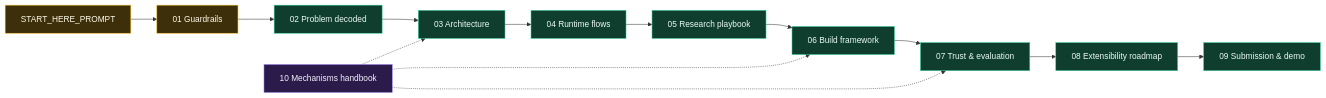
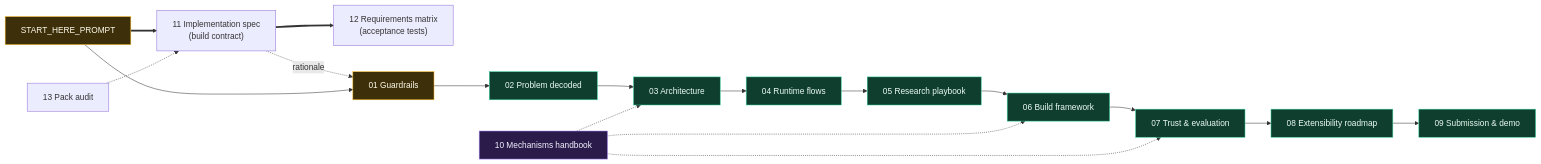
One commit to saix0x0/greeniq changed the diagram in README.md. Above: the diagram before and after it, drawn with Mermaid. The commit also changed other lines of this file and 13 other files, not shown here.

First line of the commit message:
Finalise architecture: implementation spec + one-pass handoff

````diff
--- a/README.md
+++ b/README.md
@@ -45,21 +54,25 @@
 ```mermaid
 flowchart LR
-    P["START_HERE_PROMPT"] --> G["01 Guardrails"]
+    P["START_HERE_PROMPT"] ==> SPEC["11 Implementation spec<br/>(build contract)"]
+    SPEC ==> MX["12 Requirements matrix<br/>(acceptance tests)"]
+    SPEC -. rationale .-> G
+    AU["13 Pack audit"] -.-> SPEC
+    P --> G["01 Guardrails"]
     G --> R["02 Problem decoded"]
     R --> A["03 Architecture"]
     A --> F["04 Runtime flows"]
     F --> RS["05 Research playbook"]
     RS --> B["06 Build framework"]
     B --> T["07 Trust & evaluation"]
     T --> X["08 Extensibility roadmap"]
     X --> S["09 Submission & demo"]
     H["10 Mechanisms handbook"] -.-> A
     H -.-> B
     H -.-> T
     classDef law fill:#3d2f0a,stroke:#fbbf24,color:#fffbeb;
     classDef design fill:#0f3d2e,stroke:#34d399,color:#ecfdf5;
     classDef kit fill:#2a1b4a,stroke:#a78bfa,color:#f5f3ff;
     class P,G law;
     class R,A,F,RS,B,T,X,S design;
     class H kit;
 ```
````
